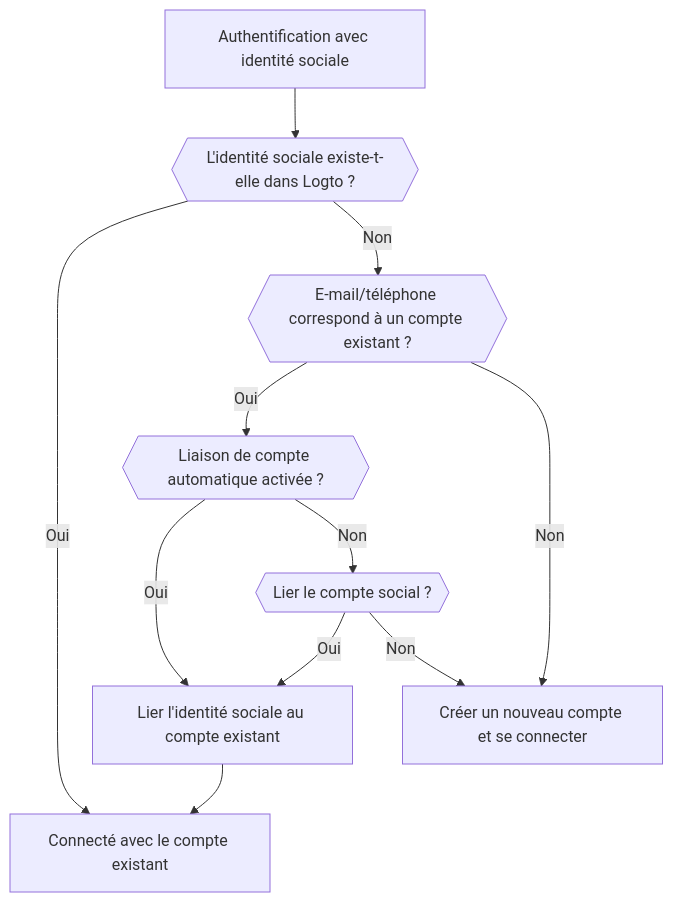
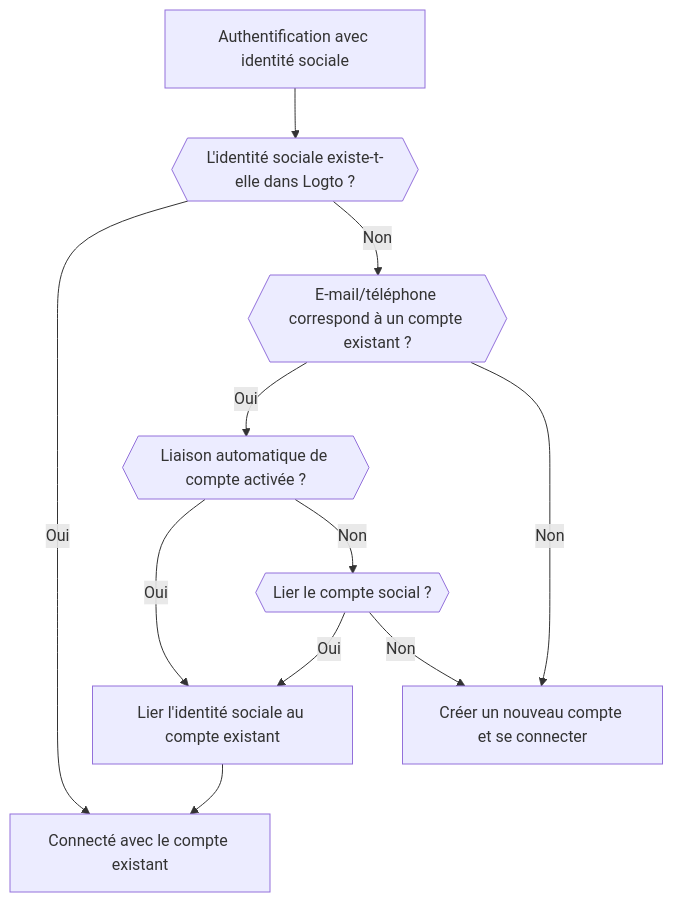
The third of 5 diagrams in i18n/fr/docusaurus-plugin-content-docs/current/end-user-flows/sign-up-and-sign-in/social-sign-in.mdx (logto-io/docs), drawn with Mermaid before and after one commit. The commit also changed other lines of this file and 428 other files, not shown here.

````diff
--- a/i18n/fr/docusaurus-plugin-content-docs/current/end-user-flows/sign-up-and-sign-in/social-sign-in.mdx
+++ b/i18n/fr/docusaurus-plugin-content-docs/current/end-user-flows/sign-up-and-sign-in/social-sign-in.mdx
@@ -99,13 +102,13 @@
     ```mermaid
     flowchart TD
     A[Authentification avec identité sociale] --> B{{L'identité sociale existe-t-elle dans Logto ?}}
     B -- Oui --> C[Connecté avec le compte existant]
     B -- Non --> D{{E-mail/téléphone correspond à un compte existant ?}}
-    D -- Oui --> E{{Liaison de compte automatique activée ?}}
+    D -- Oui --> E{{Liaison automatique de compte activée ?}}
     E -- Oui --> G[Lier l'identité sociale au compte existant]
     G --> C
     D -- Non --> H[Créer un nouveau compte et se connecter]
     E -- Non --> I{{Lier le compte social ?}}
     I -- Oui --> G
     I -- Non --> H
     ```
````
